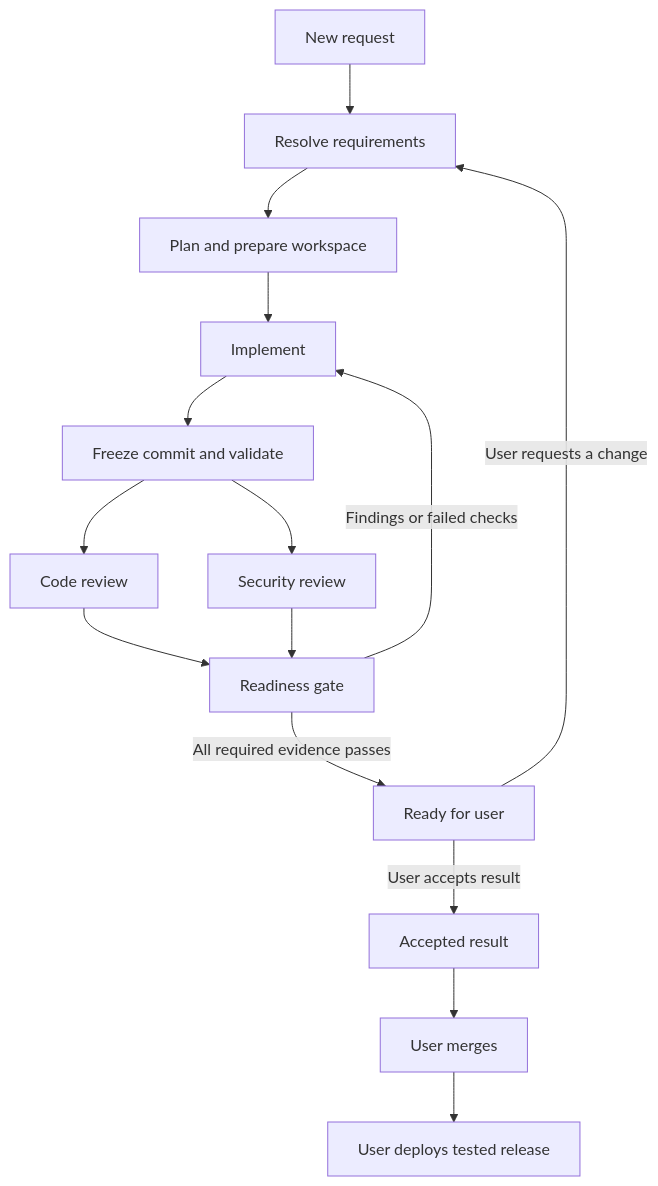
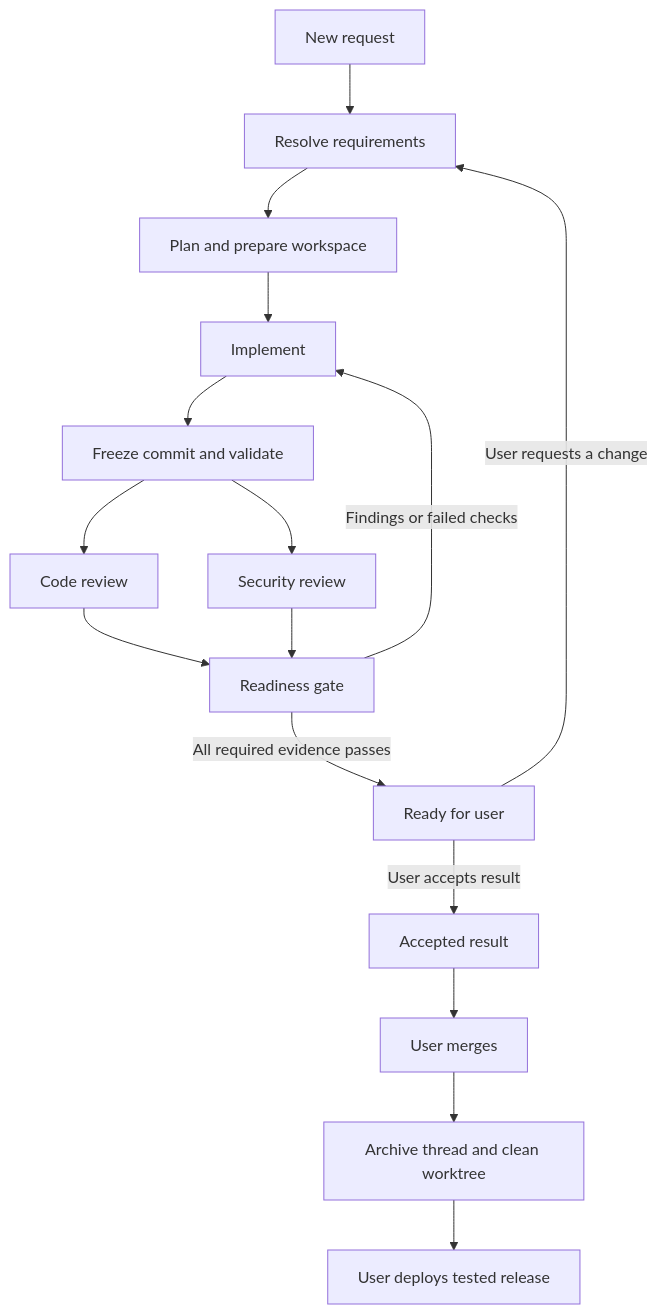
One commit to GordonCopestake/Slice changed the second of 2 diagrams in docs/build-spec.md. Above: the diagram before and after it, drawn with Mermaid. The commit also changed other lines of this file, not shown here.

````diff
--- a/docs/build-spec.md
+++ b/docs/build-spec.md
@@ -309,17 +315,18 @@
 ```mermaid
 flowchart TD
   N["New request"] --> Q["Resolve requirements"]
   Q --> P["Plan and prepare workspace"]
   P --> I["Implement"]
   I --> F["Freeze commit and validate"]
   F --> C["Code review"]
   F --> S["Security review"]
   C --> G["Readiness gate"]
   S --> G
   G -->|"Findings or failed checks"| I
   G -->|"All required evidence passes"| R["Ready for user"]
   R -->|"User requests a change"| Q
   R -->|"User accepts result"| U["Accepted result"]
   U --> M["User merges"]
-  M --> D["User deploys tested release"]
+  M --> A["Archive thread and clean worktree"]
+  A --> D["User deploys tested release"]
 ```
````
